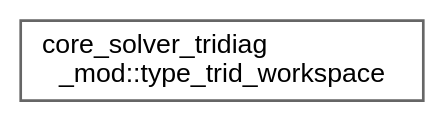
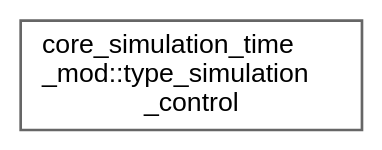
Before and after one commit to mayhl/FUNWAVE-TVD: the diagram in release/v4.0-beta/inherit_graph_20.dot, drawn with Graphviz. The commit also changed 113 other files, not shown here.

```diff
--- a/release/v4.0-beta/inherit_graph_20.dot
+++ b/release/v4.0-beta/inherit_graph_20.dot
@@ -1,9 +1,9 @@
 digraph "Graphical Class Hierarchy"
 {
  // LATEX_PDF_SIZE
   bgcolor="transparent";
   edge [fontname=Helvetica,fontsize=10,labelfontname=Helvetica,labelfontsize=10];
   node [fontname=Helvetica,fontsize=10,shape=box,height=0.2,width=0.4];
   rankdir="LR";
-  Node0 [id="Node000000",label="core_solver_tridiag\l_mod::type_trid_workspace",height=0.2,width=0.4,color="grey40", fillcolor="white", style="filled",URL="$structcore__solver__tridiag__mod_1_1type__trid__workspace.html",tooltip=" "];
+  Node0 [id="Node000000",label="core_simulation_time\l_mod::type_simulation\l_control",height=0.2,width=0.4,color="grey40", fillcolor="white", style="filled",URL="$structcore__simulation__time__mod_1_1type__simulation__control.html",tooltip=" "];
 }
```
